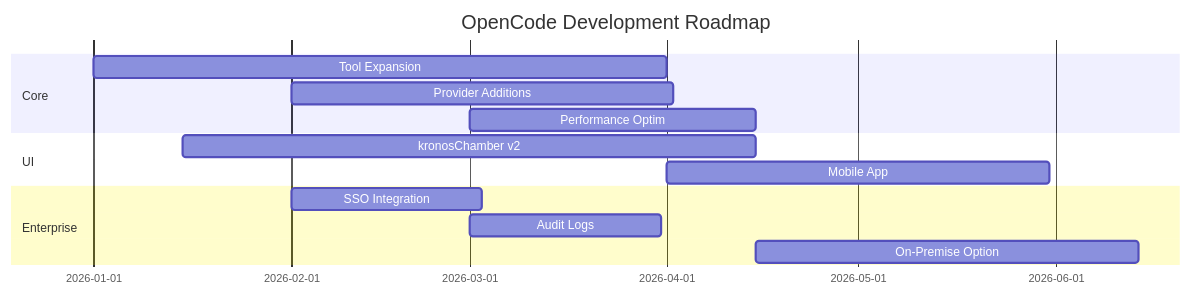
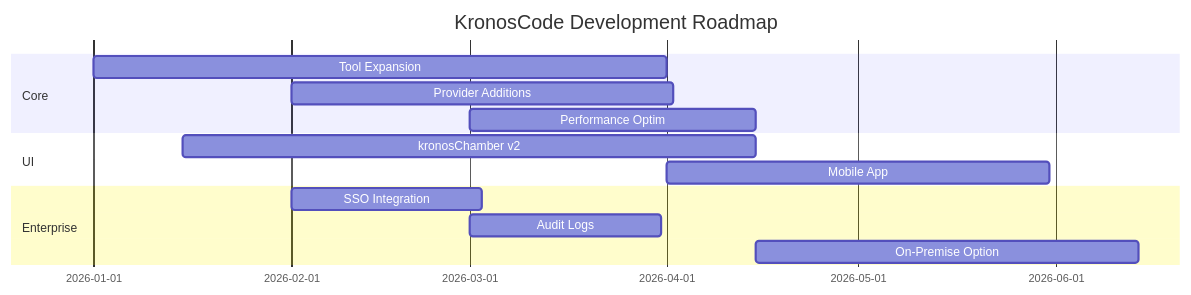
The eighth of 8 diagrams in README.md (Ahmedalsadi-1/kronoscoder), drawn with Mermaid before and after one commit. The commit also changed other lines of this file, not shown here.

Commit message:
docs: revert to KronosCode branding

````diff
--- a/README.md
+++ b/README.md
@@ -415,16 +415,16 @@
 ```mermaid
 gantt
-    title OpenCode Development Roadmap
+    title KronosCode Development Roadmap
     dateFormat  YYYY-MM-DD
     section Core
     Tool Expansion       :2026-01-01, 90d
     Provider Additions   :2026-02-01, 60d
     Performance Optim    :2026-03-01, 45d
     section UI
     kronosChamber v2     :2026-01-15, 90d
     Mobile App          :2026-04-01, 60d
     section Enterprise
     SSO Integration      :2026-02-01, 30d
     Audit Logs          :2026-03-01, 30d
     On-Premise Option   :2026-04-15, 60d
 ```
````
